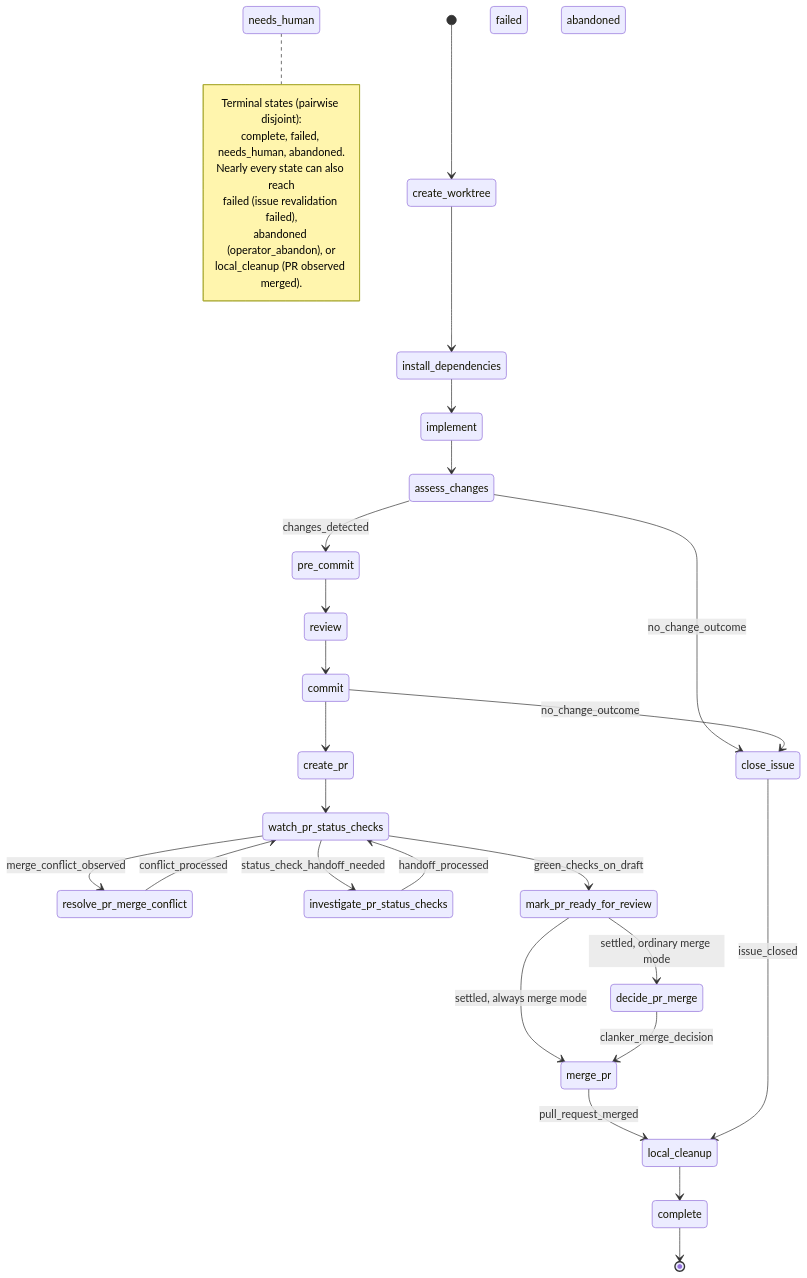
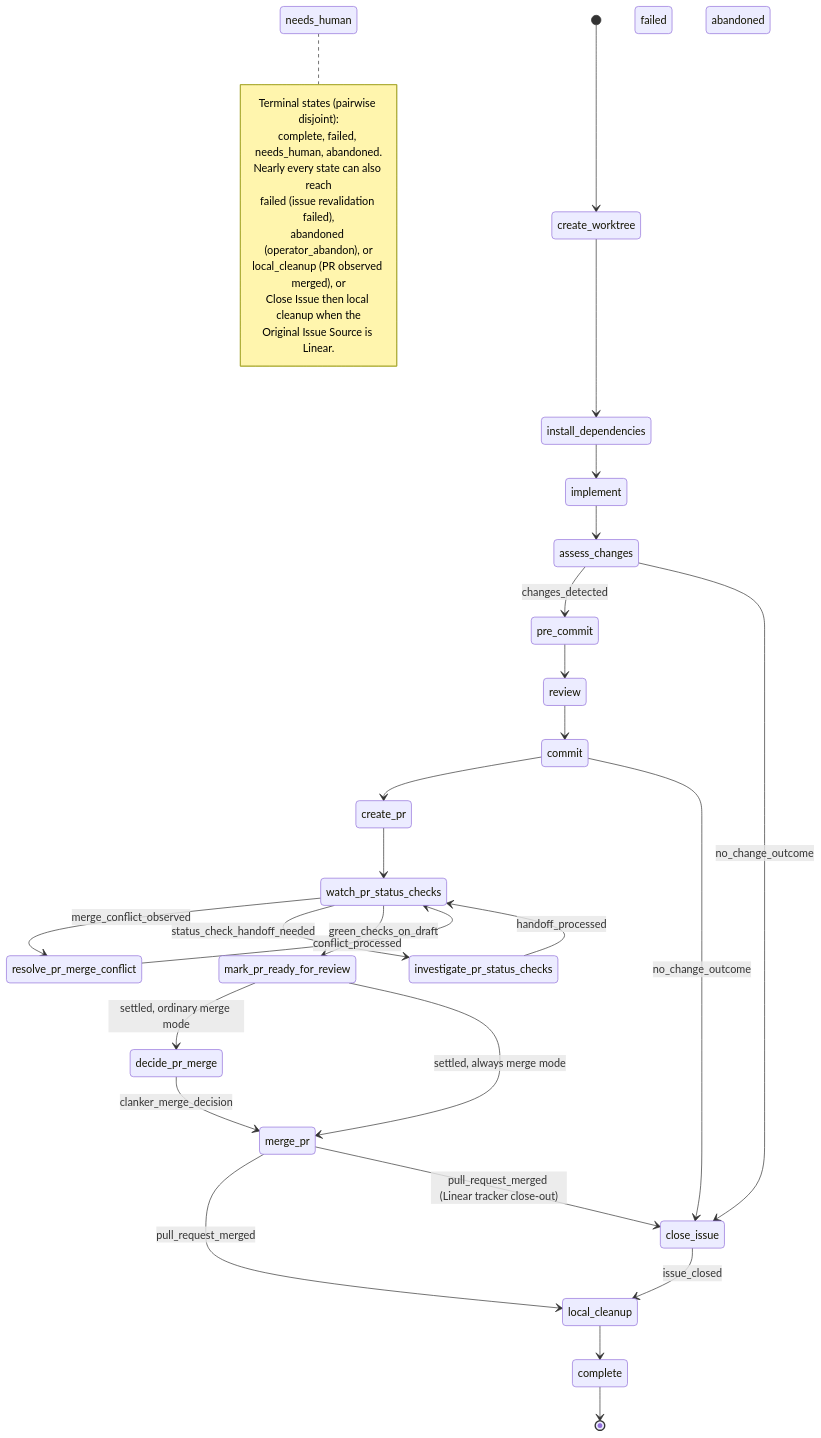
One commit to berenddeboer/ready-for-agent changed the third of 3 diagrams in ontology/README.md. Above: the diagram before and after it, drawn with Mermaid. The commit also changed other lines of this file and 9 other files, not shown here.

````diff
--- a/ontology/README.md
+++ b/ontology/README.md
@@ -179,38 +179,41 @@
 ```mermaid
 stateDiagram-v2
   [*] --> create_worktree
   create_worktree --> install_dependencies
   install_dependencies --> implement
   implement --> assess_changes
   assess_changes --> pre_commit : changes_detected
   assess_changes --> close_issue : no_change_outcome
   pre_commit --> review
   review --> commit
   commit --> create_pr
   commit --> close_issue : no_change_outcome
   create_pr --> watch_pr_status_checks
   watch_pr_status_checks --> resolve_pr_merge_conflict : merge_conflict_observed
   resolve_pr_merge_conflict --> watch_pr_status_checks : conflict_processed
   watch_pr_status_checks --> investigate_pr_status_checks : status_check_handoff_needed
   investigate_pr_status_checks --> watch_pr_status_checks : handoff_processed
   watch_pr_status_checks --> mark_pr_ready_for_review : green_checks_on_draft
   mark_pr_ready_for_review --> decide_pr_merge : settled, ordinary merge mode
   mark_pr_ready_for_review --> merge_pr : settled, always merge mode
   decide_pr_merge --> merge_pr : clanker_merge_decision
   merge_pr --> local_cleanup : pull_request_merged
+  merge_pr --> close_issue : pull_request_merged (Linear tracker close-out)
   close_issue --> local_cleanup : issue_closed
   local_cleanup --> complete
   complete --> [*]
 
   state "needs_human" as nh
   state "failed" as f
   state "abandoned" as ab
   note right of nh
     Terminal states (pairwise disjoint):
     complete, failed, needs_human, abandoned.
     Nearly every state can also reach
     failed (issue revalidation failed),
     abandoned (operator_abandon), or
-    local_cleanup (PR observed merged).
+    local_cleanup (PR observed merged), or
+    Close Issue then local cleanup when the
+    Original Issue Source is Linear.
   end note
 ```
````
